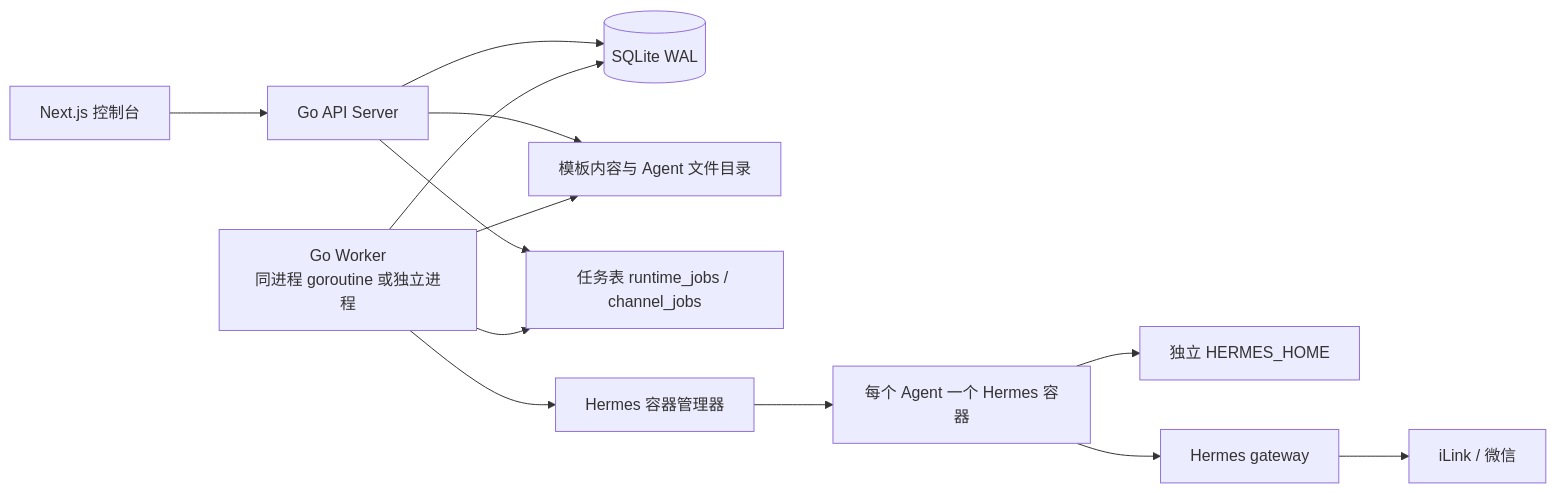
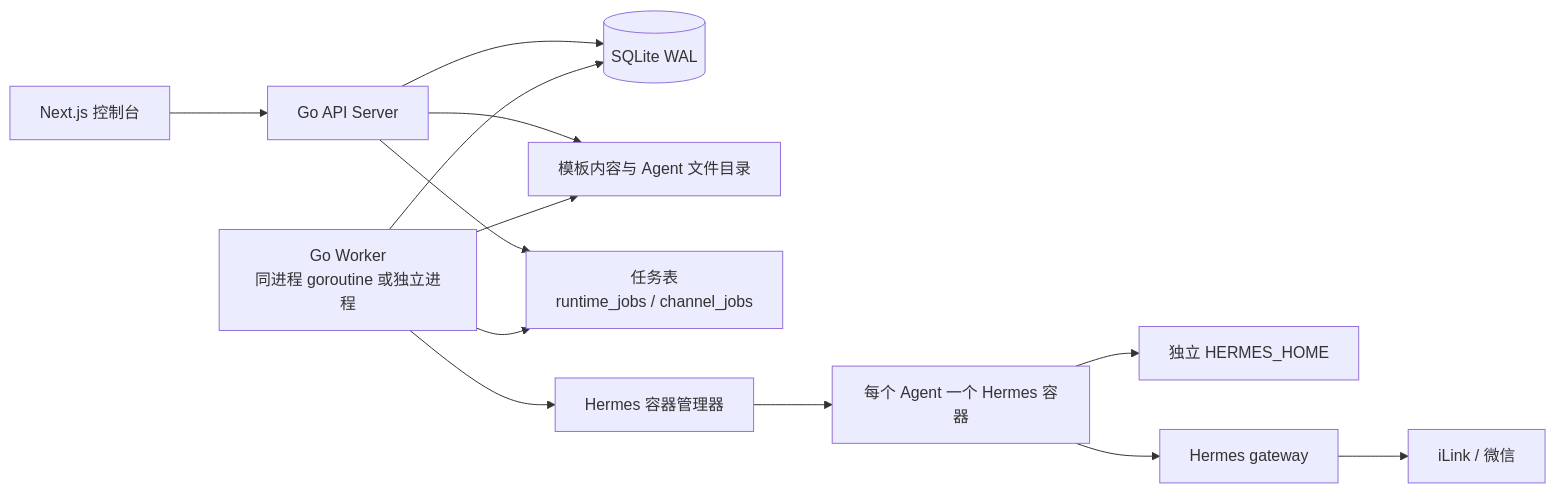
The first of 3 diagrams in docs/superpowers/specs/2026-06-12-agentforge-mvp-design.md (tenqaz/agentForge), drawn with Mermaid before and after one commit. The commit also changed other lines of this file, not shown here.

Commit message:
Specify jobs storage and Go Weixin client

````diff
--- a/docs/superpowers/specs/2026-06-12-agentforge-mvp-design.md
+++ b/docs/superpowers/specs/2026-06-12-agentforge-mvp-design.md
@@ -79,15 +79,15 @@
 ```mermaid
 flowchart LR
     Browser[Next.js 控制台] --> API[Go API Server]
     API --> DB[(SQLite WAL)]
     API --> Storage[模板内容与 Agent 文件目录]
-    API --> Jobs[任务表 runtime_jobs / channel_jobs]
+    API --> Jobs[任务表<br/>runtime_jobs / channel_jobs]
     Worker[Go Worker<br/>同进程 goroutine 或独立进程] --> Jobs
     Worker --> DB
     Worker --> Storage
     Worker --> Runtime[Hermes 容器管理器]
     Runtime --> Container[每个 Agent 一个 Hermes 容器]
     Container --> Home[独立 HERMES_HOME]
     Container --> Gateway[Hermes gateway]
     Gateway --> Weixin[iLink / 微信]
 ```
````
